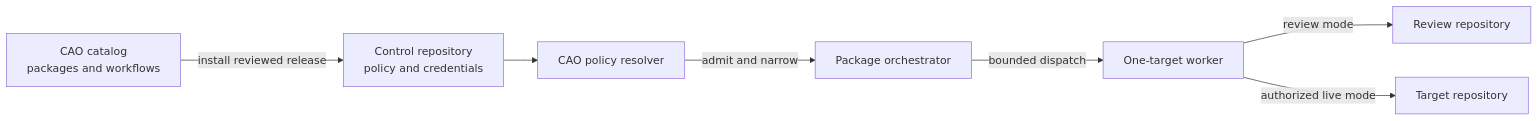
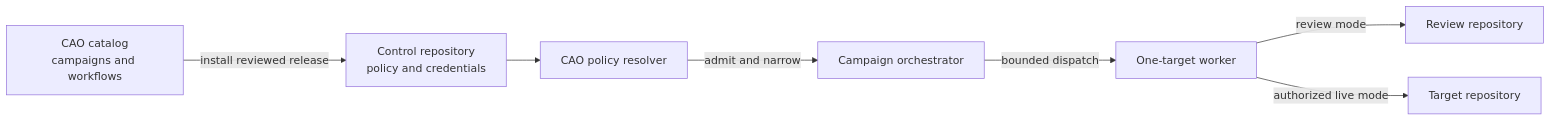
Before and after one commit to elefthei/gh-aw-cao: the first of 2 diagrams in ARCHITECTURE.md, drawn with Mermaid. The commit also changed other lines of this file and 420 other files, not shown here.

Commit message:
Rename CAO packages to campaigns (#12699)

````diff
--- a/ARCHITECTURE.md
+++ b/ARCHITECTURE.md
@@ -25,17 +25,17 @@
 ```mermaid
 flowchart LR
-    Catalog["CAO catalog<br/>packages and workflows"]
+    Catalog["CAO catalog<br/>campaigns and workflows"]
     Control["Control repository<br/>policy and credentials"]
     Resolver["CAO policy resolver"]
-    Orchestrator["Package orchestrator"]
+    Orchestrator["Campaign orchestrator"]
     Worker["One-target worker"]
     Review["Review repository"]
     Target["Target repository"]
 
     Catalog -->|install reviewed release| Control
     Control --> Resolver
     Resolver -->|admit and narrow| Orchestrator
     Orchestrator -->|bounded dispatch| Worker
     Worker -->|review mode| Review
     Worker -->|authorized live mode| Target
 ```
````
